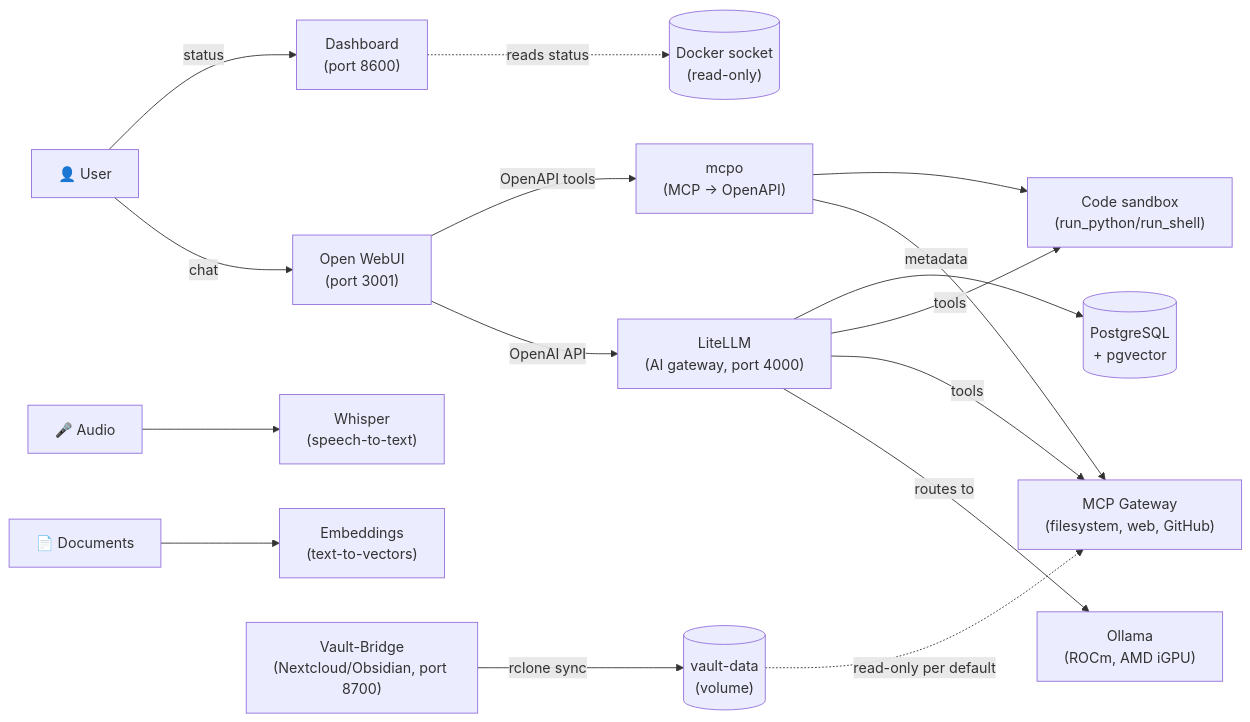
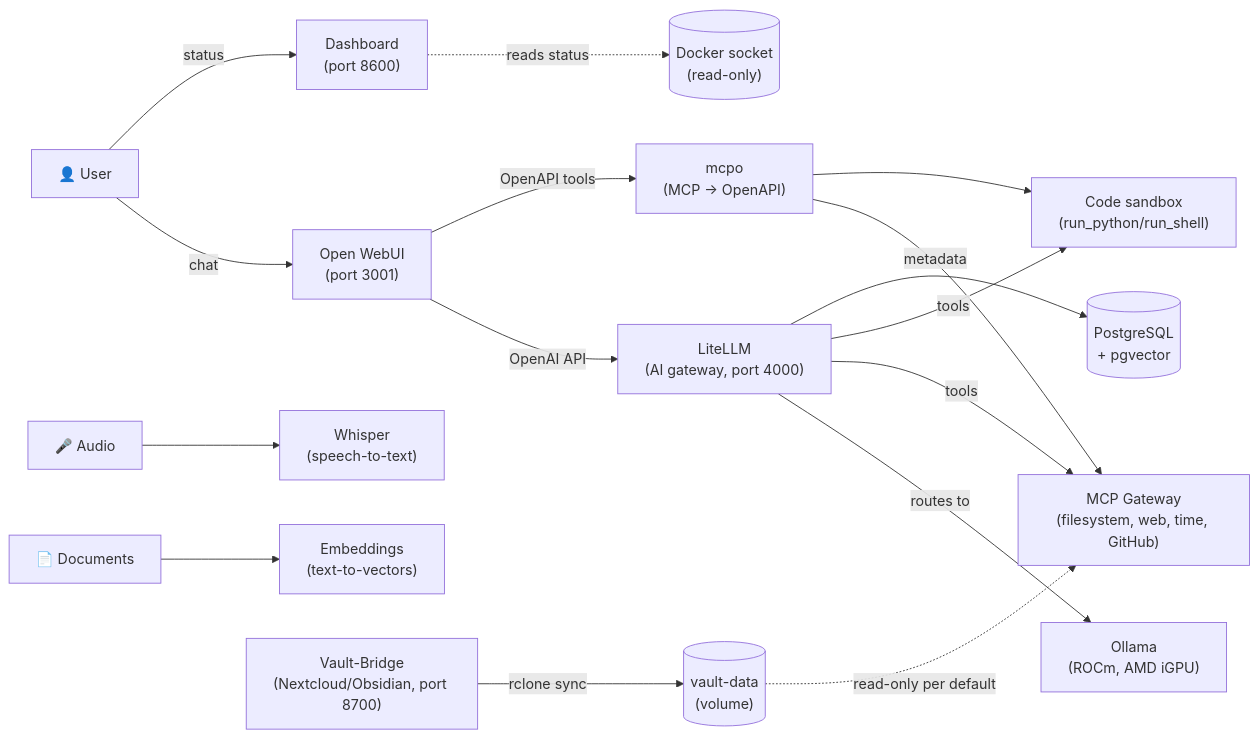
Before and after one commit to derBerliner1983/self-hosted-llm-stack: the first of 2 diagrams in README-en.md, drawn with Mermaid. The commit also changed other lines of this file and 4 other files, not shown here.

````diff
--- a/README-en.md
+++ b/README-en.md
@@ -84,18 +84,18 @@
 ```mermaid
 graph LR
     U["👤 User"] -->|chat| W["Open WebUI<br/>(port 3001)"]
     U -->|status| DASH["Dashboard<br/>(port 8600)"]
     W -->|OpenAI API| L["LiteLLM<br/>(AI gateway, port 4000)"]
     W -->|OpenAPI tools| MO["mcpo<br/>(MCP → OpenAPI)"]
     L -->|routes to| O["Ollama<br/>(ROCm, AMD iGPU)"]
-    L -->|tools| M["MCP Gateway<br/>(filesystem, web, GitHub)"]
+    L -->|tools| M["MCP Gateway<br/>(filesystem, web, time, GitHub)"]
     L -->|tools| S["Code sandbox<br/>(run_python/run_shell)"]
     MO --> M
     MO --> S
     L -->|metadata| DB[("PostgreSQL<br/>+ pgvector")]
     A["🎤 Audio"] --> WH["Whisper<br/>(speech-to-text)"]
     D["📄 Documents"] --> E["Embeddings<br/>(text-to-vectors)"]
     DASH -.->|reads status| SOCK[("Docker socket<br/>(read-only)")]
     VB["Vault-Bridge<br/>(Nextcloud/Obsidian, port 8700)"] -->|rclone sync| VD[("vault-data<br/>(volume)")]
     VD -.->|read-only per default| M
 ```
````
